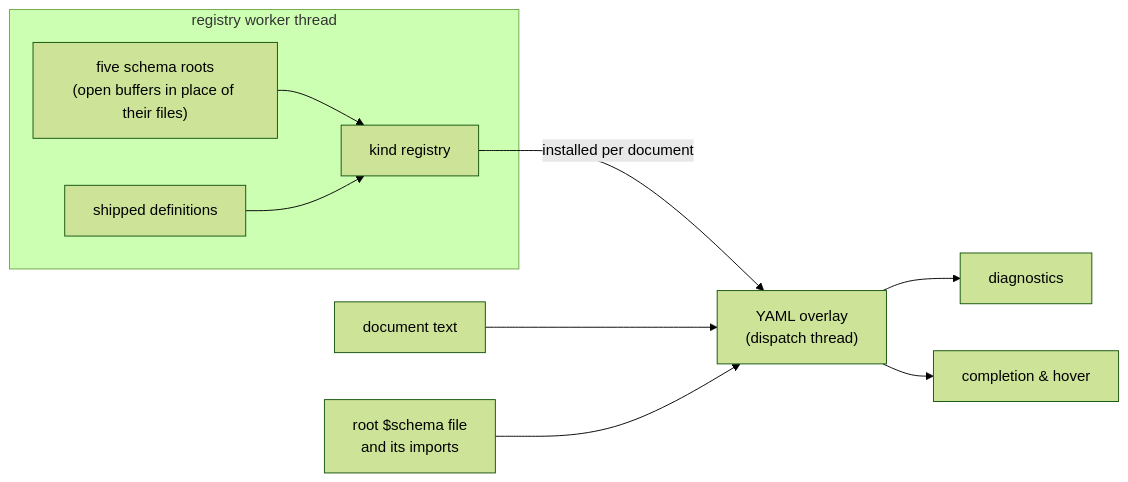
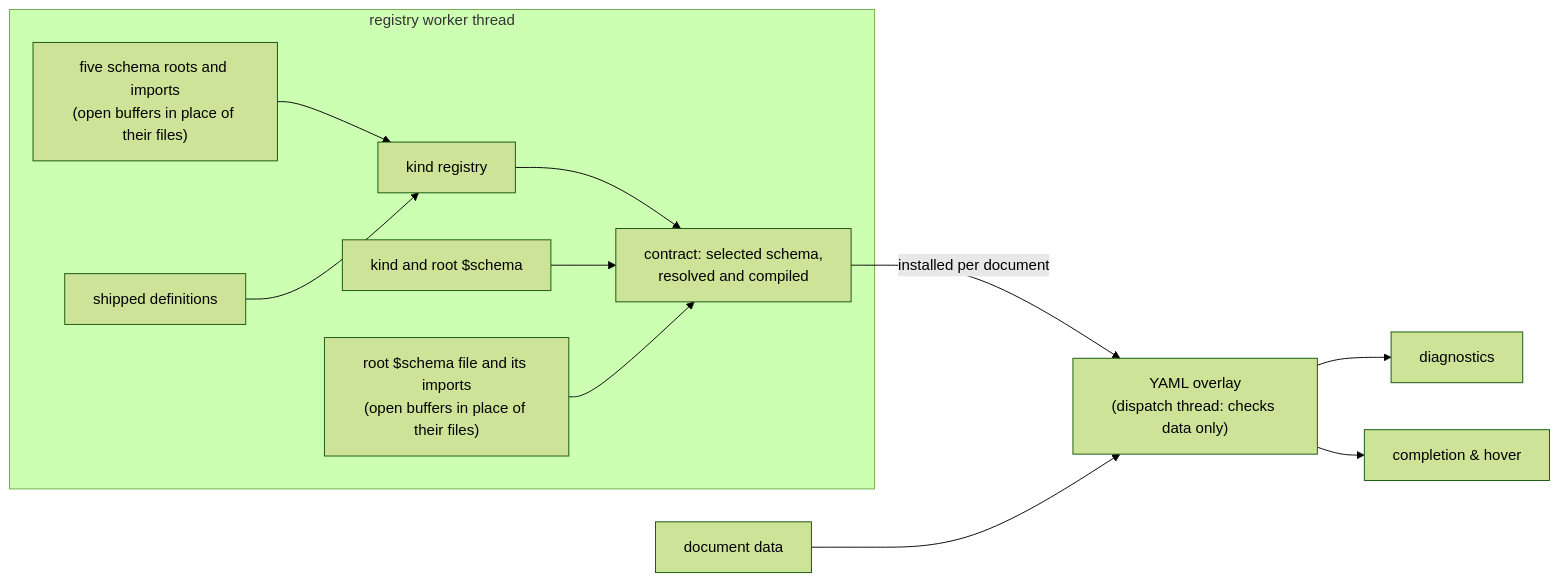
The second of 3 diagrams in darkmatter/docs/topics/schemas/dmls-schema-support.md (yankeeinlondon/rusty-biscuit), drawn with Mermaid (forest theme) before and after one commit. The commit also changed other lines of this file and 51 other files, not shown here.

First line of the commit message:
feat(darkmatter): support schemas for whole YAML documents

````diff
--- a/darkmatter/docs/topics/schemas/dmls-schema-support.md
+++ b/darkmatter/docs/topics/schemas/dmls-schema-support.md
@@ -207,12 +261,14 @@
 ```mermaid
 flowchart LR
     subgraph worker["registry worker thread"]
-        ROOTS["five schema roots<br/>(open buffers in place of their files)"] --> KR["kind registry"]
+        ROOTS["five schema roots and imports<br/>(open buffers in place of their files)"] --> KR["kind registry"]
         SHIP["shipped definitions"] --> KR
+        KR --> CON["contract: selected schema,<br/>resolved and compiled"]
+        DECL["kind and root $schema"] --> CON
+        REF["root $schema file and its imports<br/>(open buffers in place of their files)"] --> CON
     end
-    KR -->|installed per document| OV["YAML overlay<br/>(dispatch thread)"]
-    TEXT["document text"] --> OV
-    REF["root $schema file<br/>and its imports"] --> OV
+    CON -->|installed per document| OV["YAML overlay<br/>(dispatch thread: checks data only)"]
+    TEXT["document data"] --> OV
     OV --> DIAG["diagnostics"]
     OV --> COMP["completion & hover"]
 ```
````
